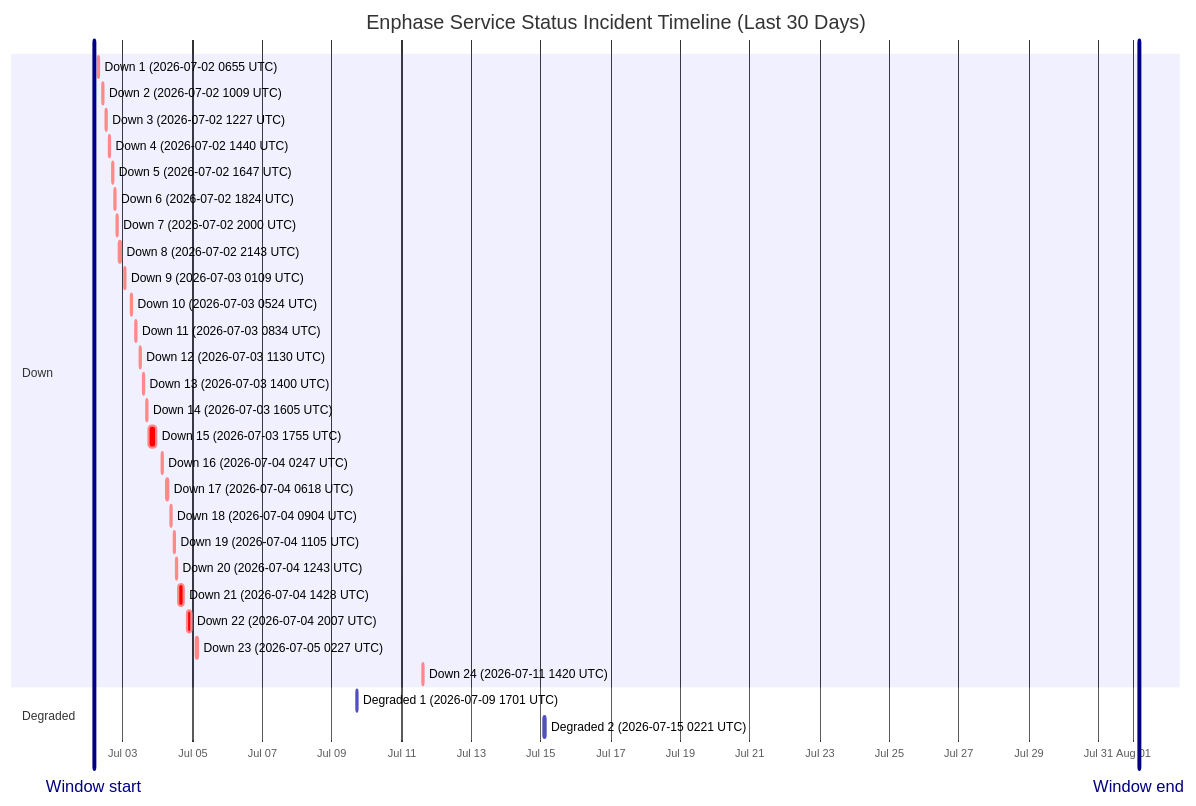
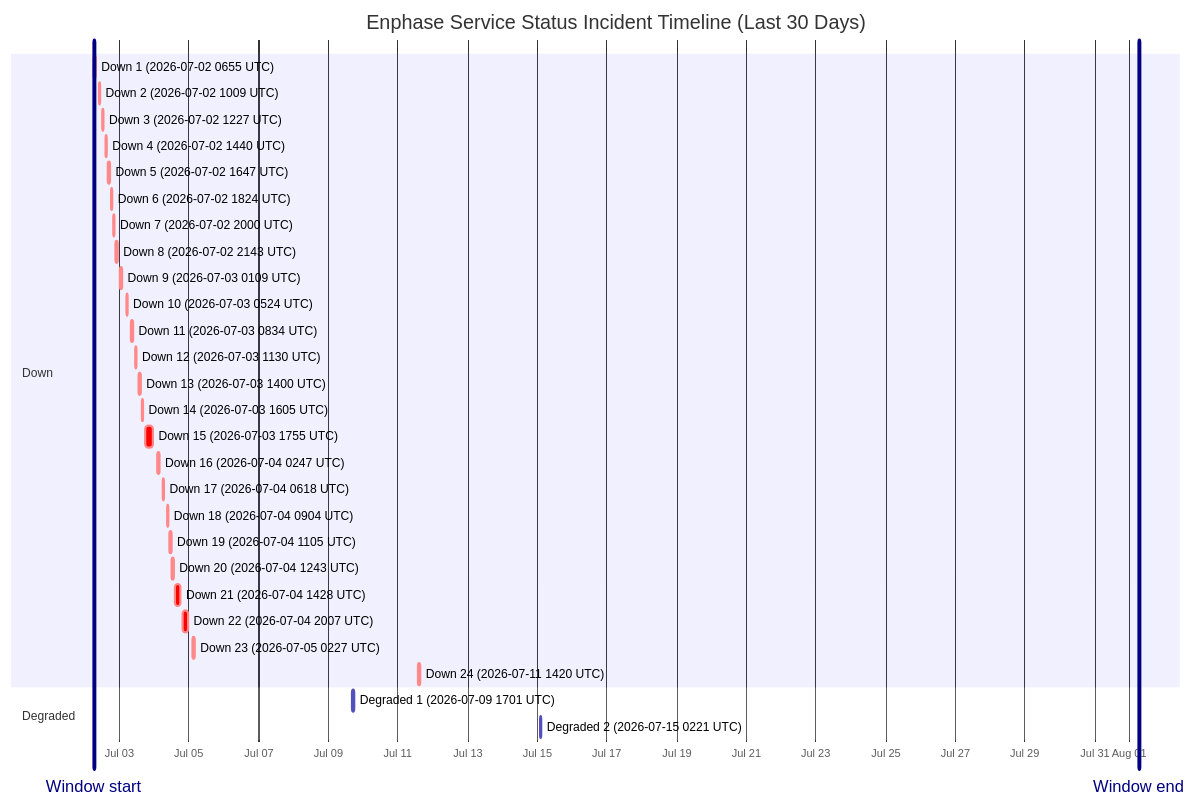
Before and after one commit to barneyonline/ha-enphase-energy: the diagram in wiki/Service-Status-History.md, drawn with Mermaid. The commit also changed other lines of this file and 3 other files, not shown here.

````diff
--- a/wiki/Service-Status-History.md
+++ b/wiki/Service-Status-History.md
@@ -14,36 +14,36 @@
 ```mermaid
 gantt
     title Enphase Service Status Incident Timeline (Last 30 Days)
     dateFormat  YYYY-MM-DDTHH:mm:ss
     axisFormat  %b %d
-    Window start :vert, window-start, 2026-07-02T04:00:16, 0ms
-    Window end :vert, window-end, 2026-08-01T04:00:16, 0ms
+    Window start :vert, window-start, 2026-07-02T06:37:14, 0ms
+    Window end :vert, window-end, 2026-08-01T06:37:14, 0ms
     section Down
     Down 1 (2026-07-02 0655 UTC) :crit, down-1, 2026-07-02T06:55:07, 60m
     Down 2 (2026-07-02 1009 UTC) :crit, down-2, 2026-07-02T10:09:15, 60m
     Down 3 (2026-07-02 1227 UTC) :crit, down-3, 2026-07-02T12:27:49, 60m
     Down 4 (2026-07-02 1440 UTC) :crit, down-4, 2026-07-02T14:40:53, 60m
     Down 5 (2026-07-02 1647 UTC) :crit, down-5, 2026-07-02T16:47:47, 60m
     Down 6 (2026-07-02 1824 UTC) :crit, down-6, 2026-07-02T18:24:26, 60m
     Down 7 (2026-07-02 2000 UTC) :crit, down-7, 2026-07-02T20:00:57, 60m
     Down 8 (2026-07-02 2143 UTC) :crit, down-8, 2026-07-02T21:43:52, 80m
     Down 9 (2026-07-03 0109 UTC) :crit, down-9, 2026-07-03T01:09:19, 60m
     Down 10 (2026-07-03 0524 UTC) :crit, down-10, 2026-07-03T05:24:23, 60m
     Down 11 (2026-07-03 0834 UTC) :crit, down-11, 2026-07-03T08:34:05, 60m
     Down 12 (2026-07-03 1130 UTC) :crit, down-12, 2026-07-03T11:30:41, 60m
     Down 13 (2026-07-03 1400 UTC) :crit, down-13, 2026-07-03T14:00:48, 60m
     Down 14 (2026-07-03 1605 UTC) :crit, down-14, 2026-07-03T16:05:49, 60m
     Down 15 (2026-07-03 1755 UTC) :crit, down-15, 2026-07-03T17:55:54, 338m
     Down 16 (2026-07-04 0247 UTC) :crit, down-16, 2026-07-04T02:47:22, 60m
     Down 17 (2026-07-04 0618 UTC) :crit, down-17, 2026-07-04T06:18:09, 60m
     Down 18 (2026-07-04 0904 UTC) :crit, down-18, 2026-07-04T09:04:41, 60m
     Down 19 (2026-07-04 1105 UTC) :crit, down-19, 2026-07-04T11:05:21, 60m
     Down 20 (2026-07-04 1243 UTC) :crit, down-20, 2026-07-04T12:43:25, 60m
     Down 21 (2026-07-04 1428 UTC) :crit, down-21, 2026-07-04T14:28:07, 243m
     Down 22 (2026-07-04 2007 UTC) :crit, down-22, 2026-07-04T20:07:50, 206m
     Down 23 (2026-07-05 0227 UTC) :crit, down-23, 2026-07-05T02:27:32, 109m
     Down 24 (2026-07-11 1420 UTC) :crit, down-24, 2026-07-11T14:20:54, 69m
     section Degraded
     Degraded 1 (2026-07-09 1701 UTC) :active, degraded-1, 2026-07-09T17:01:02, 60m
     Degraded 2 (2026-07-15 0221 UTC) :active, degraded-2, 2026-07-15T02:21:35, 60m
 ```
````
